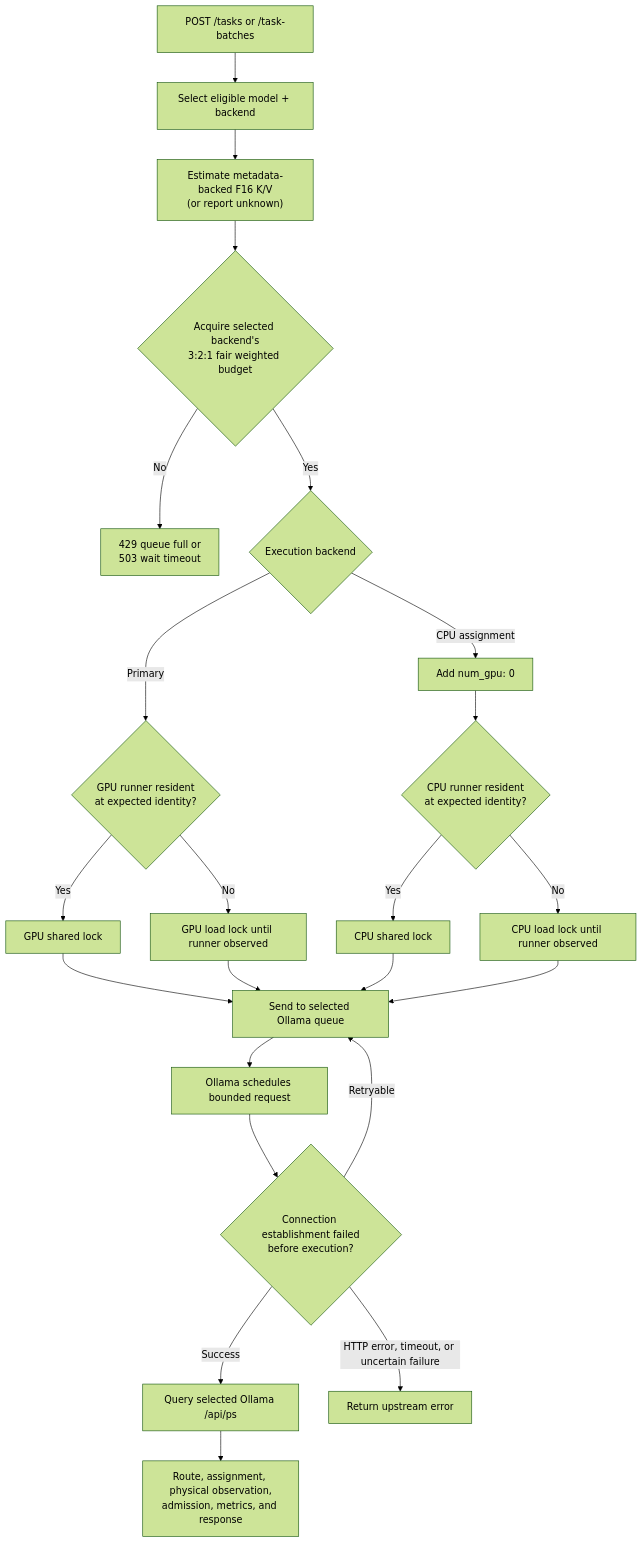
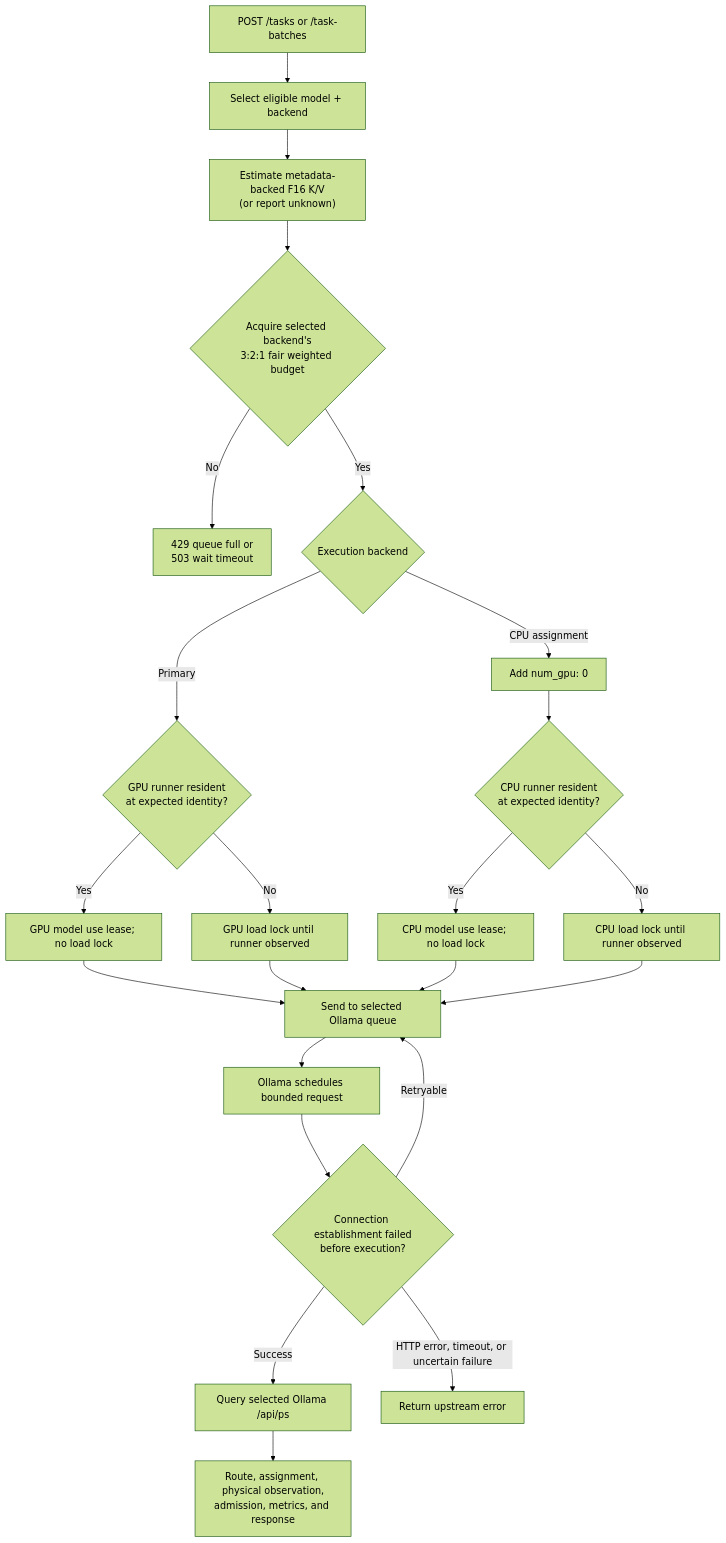
Before and after one commit to bgauryy/FreeLlama: the sixth of 9 diagrams in docs/ARCHITECTURE.md, drawn with Mermaid (forest theme). The commit also changed other lines of this file and 166 other files, not shown here.

````diff
--- a/docs/ARCHITECTURE.md
+++ b/docs/ARCHITECTURE.md
@@ -368,25 +411,25 @@
 ```mermaid
 flowchart TD
     T["POST /tasks or /task-batches"] --> R["Select eligible model + backend"]
     R --> K["Estimate metadata-backed F16 K/V<br/>(or report unknown)"]
     K --> A{"Acquire selected backend's<br/>3:2:1 fair weighted budget"}
     A -->|"No"| E503["429 queue full or<br/>503 wait timeout"]
     A -->|"Yes"| B{"Execution backend"}
     B -->|"Primary"| GL{"GPU runner resident<br/>at expected identity?"}
     B -->|"CPU assignment"| CO["Add num_gpu: 0"]
     CO --> CL{"CPU runner resident<br/>at expected identity?"}
-    GL -->|"Yes"| GR["GPU shared lock"]
+    GL -->|"Yes"| GR["GPU model use lease; no load lock"]
     GL -->|"No"| GX["GPU load lock until runner observed"]
-    CL -->|"Yes"| CR["CPU shared lock"]
+    CL -->|"Yes"| CR["CPU model use lease; no load lock"]
     CL -->|"No"| CX["CPU load lock until runner observed"]
     GR --> OQ["Send to selected Ollama queue"]
     GX --> OQ
     CR --> OQ
     CX --> OQ
     OQ --> SEND["Ollama schedules bounded request"]
     SEND --> RETRY{"Connection establishment failed<br/>before execution?"}
     RETRY -->|"Retryable"| OQ
     RETRY -->|"Success"| OBS["Query selected Ollama /api/ps"]
     OBS --> OUT["Route, assignment, physical observation,<br/>admission, metrics, and response"]
     RETRY -->|"HTTP error, timeout, or uncertain failure"| ERR["Return upstream error"]
 ```
````
